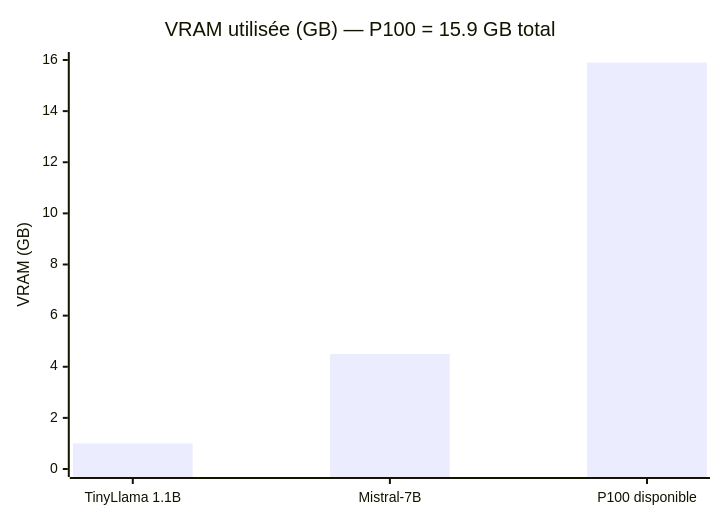
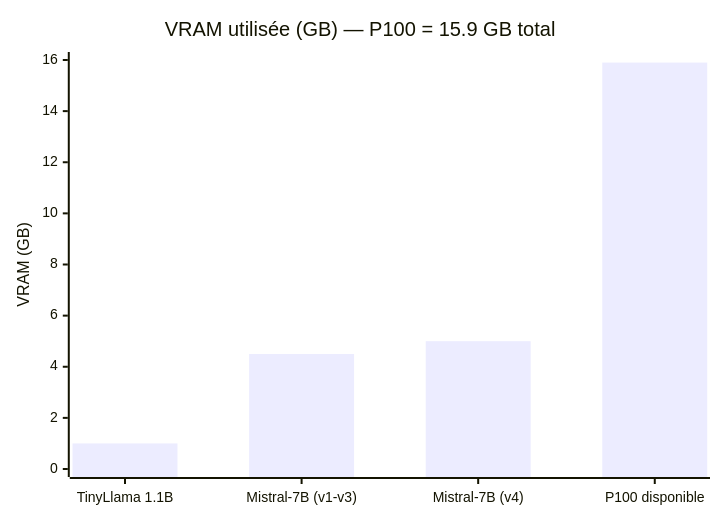
The ninth of 9 diagrams in finetune/RESULTS.md (BTGenTP/FineTuningOnTelecomCluster), drawn with Mermaid before and after one commit. The commit also changed other lines of this file and 5 other files, not shown here.

````diff
--- a/finetune/RESULTS.md
+++ b/finetune/RESULTS.md
@@ -679,7 +880,7 @@
 ```mermaid
 xychart-beta
     title "VRAM utilisée (GB) — P100 = 15.9 GB total"
-    x-axis ["TinyLlama 1.1B", "Mistral-7B", "P100 disponible"]
+    x-axis ["TinyLlama 1.1B", "Mistral-7B (v1-v3)", "Mistral-7B (v4)", "P100 disponible"]
     y-axis "VRAM (GB)" 0 --> 16
-    bar [1.0, 4.5, 15.9]
+    bar [1.0, 4.5, 5.0, 15.9]
 ```
````
